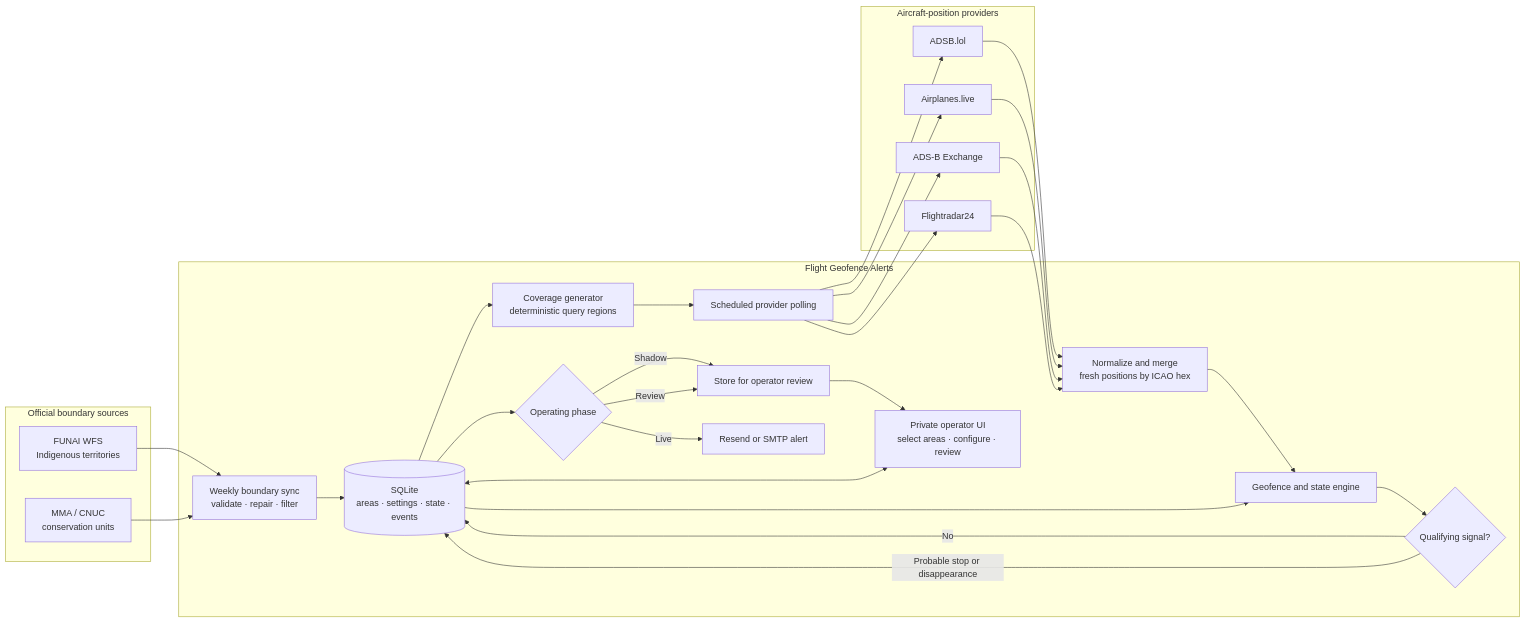
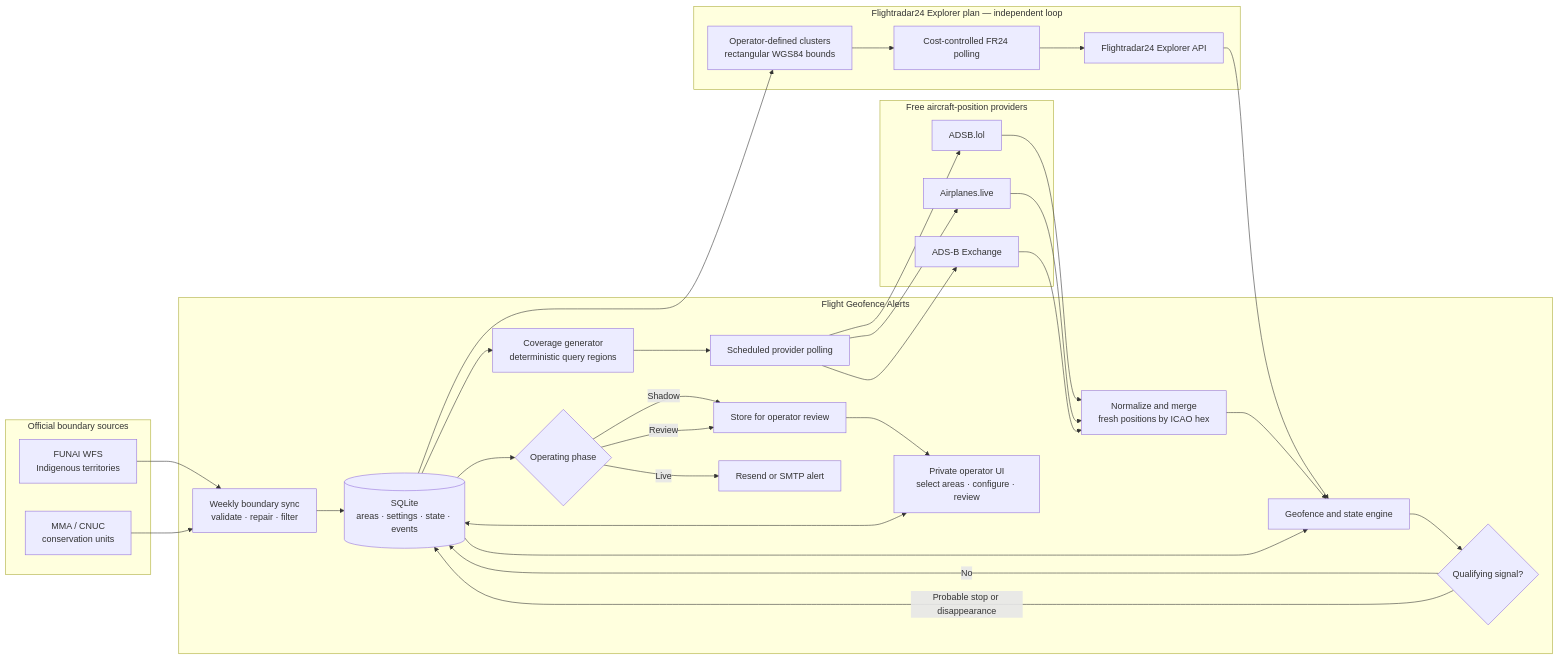
The diagram in README.md (digidem/flight-geofence), drawn with Mermaid before and after one commit. The commit also changed other lines of this file and 5 other files, not shown here.

````diff
--- a/README.md
+++ b/README.md
@@ -74,53 +74,60 @@
 ```mermaid
 flowchart LR
     subgraph Official[Official boundary sources]
         FUNAI["FUNAI WFS<br/>Indigenous territories"]
         CNUC["MMA / CNUC<br/>conservation units"]
     end
 
     subgraph Application[Flight Geofence Alerts]
         SYNC["Weekly boundary sync<br/>validate · repair · filter"]
         DB[("SQLite<br/>areas · settings · state · events")]
         UI["Private operator UI<br/>select areas · configure · review"]
         COVER["Coverage generator<br/>deterministic query regions"]
         POLL[Scheduled provider polling]
         NORMALIZE["Normalize and merge<br/>fresh positions by ICAO hex"]
         GEOFENCE[Geofence and state engine]
         SIGNAL{Qualifying signal?}
         PHASE{Operating phase}
         REVIEW[Store for operator review]
         EMAIL[Resend or SMTP alert]
     end
 
-    subgraph Feeds[Aircraft-position providers]
+    subgraph Feeds[Free aircraft-position providers]
         LOL[ADSB.lol]
         LIVE[Airplanes.live]
         ADSBX[ADS-B Exchange]
-        FR24[Flightradar24]
+    end
+
+    subgraph FR24Explorer[Flightradar24 Explorer plan — independent loop]
+        CLUSTERS["Operator-defined clusters<br/>rectangular WGS84 bounds"]
+        FR24POLL[Cost-controlled FR24 polling]
+        FR24API[Flightradar24 Explorer API]
     end
 
     FUNAI --> SYNC
     CNUC --> SYNC
     SYNC --> DB
     UI <--> DB
     DB --> COVER
     COVER --> POLL
     POLL --> LOL
     POLL --> LIVE
     POLL --> ADSBX
-    POLL --> FR24
     LOL --> NORMALIZE
     LIVE --> NORMALIZE
     ADSBX --> NORMALIZE
-    FR24 --> NORMALIZE
+    DB --> CLUSTERS
+    CLUSTERS --> FR24POLL
+    FR24POLL --> FR24API
+    FR24API --> GEOFENCE
     NORMALIZE --> GEOFENCE
     DB --> GEOFENCE
     GEOFENCE --> SIGNAL
     SIGNAL -->|No| DB
     SIGNAL -->|Probable stop or disappearance| DB
     DB --> PHASE
     PHASE -->|Shadow| REVIEW
     PHASE -->|Review| REVIEW
     PHASE -->|Live| EMAIL
     REVIEW --> UI
 ```
````
